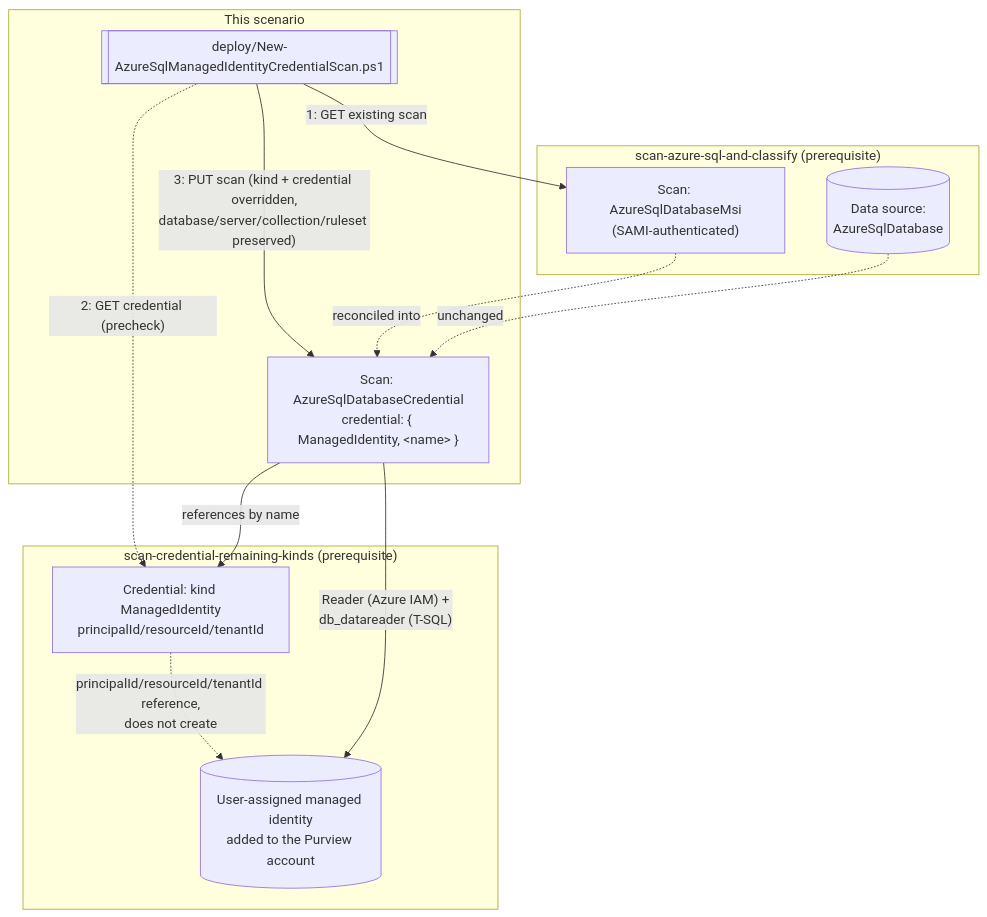
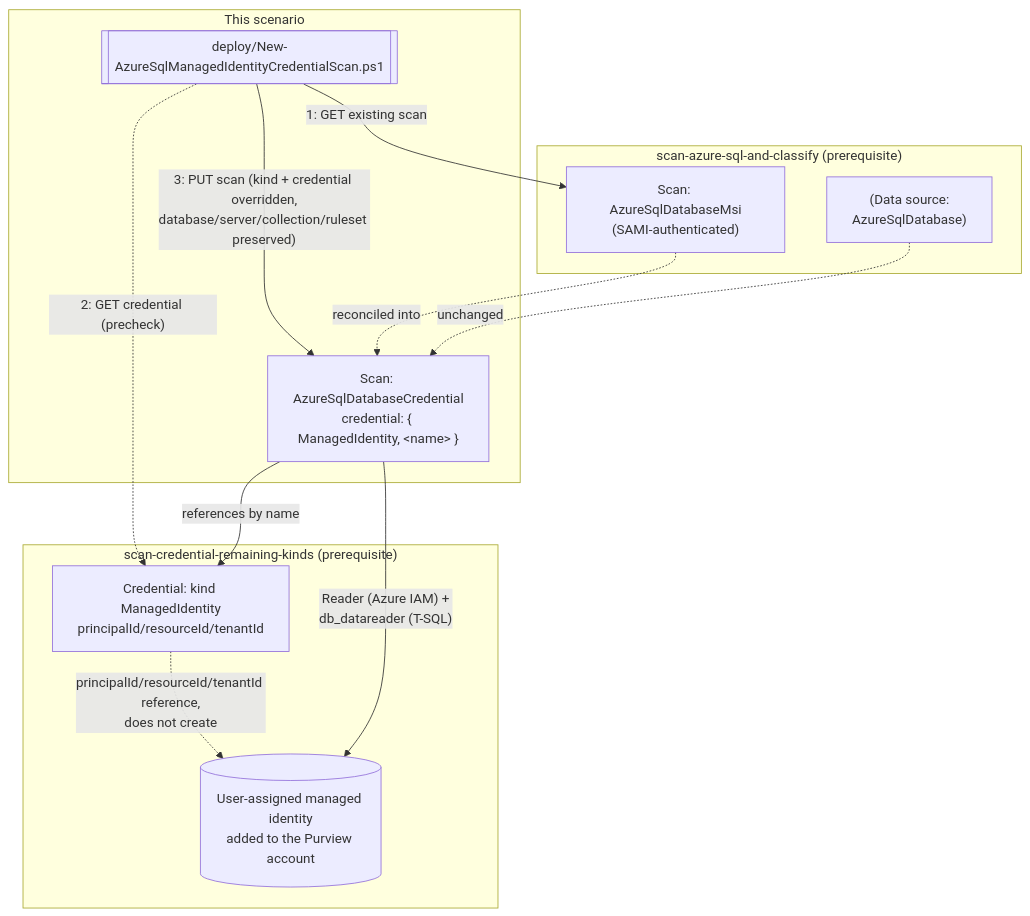
Before and after one commit to kpsec1/kpsec1.github.io: the diagram in src/content/scenarios/data-map/scan-azure-sql-and-classify-managed-identity-credential.design.md, drawn with Mermaid. The commit also changed 80 other files, not shown here.

First line of the commit message:
Fix Mermaid diagram rendering across all scenarios

````diff
--- a/src/content/scenarios/data-map/scan-azure-sql-and-classify-managed-identity-credential.design.md
+++ b/src/content/scenarios/data-map/scan-azure-sql-and-classify-managed-identity-credential.design.md
@@ -58,27 +58,27 @@
 ```mermaid
 flowchart TD
     subgraph Base["scan-azure-sql-and-classify (prerequisite)"]
-        DS[(Data source:<br/>AzureSqlDatabase)]
+        DS["(Data source:<br/>AzureSqlDatabase)"]
         SAMIScan["Scan: AzureSqlDatabaseMsi<br/>(SAMI-authenticated)"]
     end
 
     subgraph CredScenario["scan-credential-remaining-kinds (prerequisite)"]
         UAMI[("User-assigned managed identity<br/>added to the Purview account")]
         Cred["Credential: kind ManagedIdentity<br/>principalId/resourceId/tenantId"]
     end
 
     subgraph ThisScenario["This scenario"]
         Deployer[["deploy/New-AzureSqlManagedIdentityCredentialScan.ps1"]]
         CredScan["Scan: AzureSqlDatabaseCredential<br/>credential: { ManagedIdentity, &lt;name&gt; }"]
     end
 
     Deployer -- "1: GET existing scan" --> SAMIScan
     Deployer -. "2: GET credential (precheck)" .-> Cred
     Deployer -- "3: PUT scan (kind + credential overridden,<br/>database/server/collection/ruleset preserved)" --> CredScan
     SAMIScan -.->|reconciled into| CredScan
     CredScan -- "references by name" --> Cred
     Cred -. "principalId/resourceId/tenantId reference,<br/>does not create" .-> UAMI
     CredScan -- "Reader (Azure IAM) +<br/>db_datareader (T-SQL)" --> UAMI
 
     DS -.->|unchanged| CredScan
 ```
````
